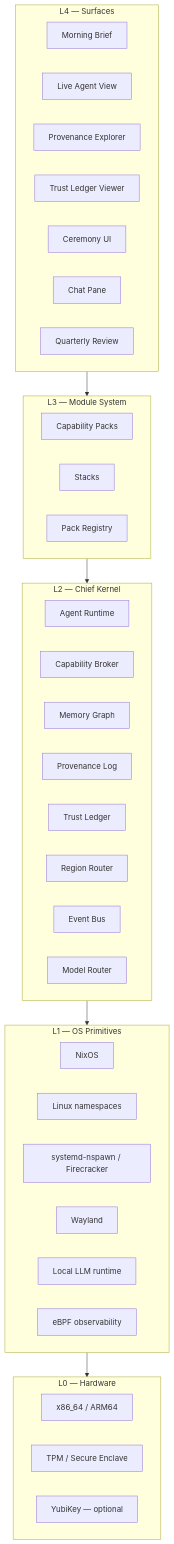
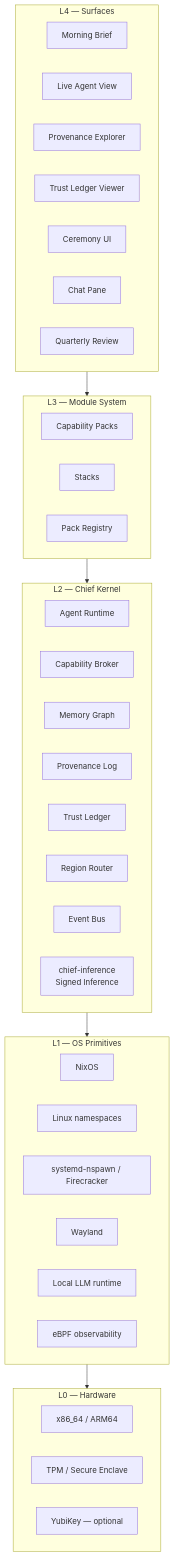
Before and after one commit to santoshkumarradha/ChiefOS: the first of 2 diagrams in docs/02-architecture.md, drawn with Mermaid. The commit also changed other lines of this file and 10 other files, not shown here.

First line of the commit message:
adr: 0009 Signed Inference as L2 primitive + GPU deferral to v1+

````diff
--- a/docs/02-architecture.md
+++ b/docs/02-architecture.md
@@ -22,41 +23,41 @@
 ```mermaid
 flowchart TD
     subgraph L4[L4 — Surfaces]
         MB[Morning Brief]
         LV[Live Agent View]
         PE[Provenance Explorer]
         TL[Trust Ledger Viewer]
         CE[Ceremony UI]
         CH[Chat Pane]
         QR[Quarterly Review]
     end
     subgraph L3[L3 — Module System]
         CP[Capability Packs]
         SK[Stacks]
         RG[Pack Registry]
     end
     subgraph L2[L2 — Chief Kernel]
         AR[Agent Runtime]
         CB[Capability Broker]
         MG[Memory Graph]
         PL[Provenance Log]
         TLD[Trust Ledger]
         RR[Region Router]
         EB[Event Bus]
-        MR[Model Router]
+        CI[chief-inference<br/>Signed Inference]
     end
     subgraph L1[L1 — OS Primitives]
         NIX[NixOS]
         NS[Linux namespaces]
         SN[systemd-nspawn / Firecracker]
         WL[Wayland]
         LLM[Local LLM runtime]
         EBPF[eBPF observability]
     end
     subgraph L0[L0 — Hardware]
         CPU[x86_64 / ARM64]
         TPM[TPM / Secure Enclave]
         YK[YubiKey — optional]
     end
     L4 --> L3 --> L2 --> L1 --> L0
 ```
````
